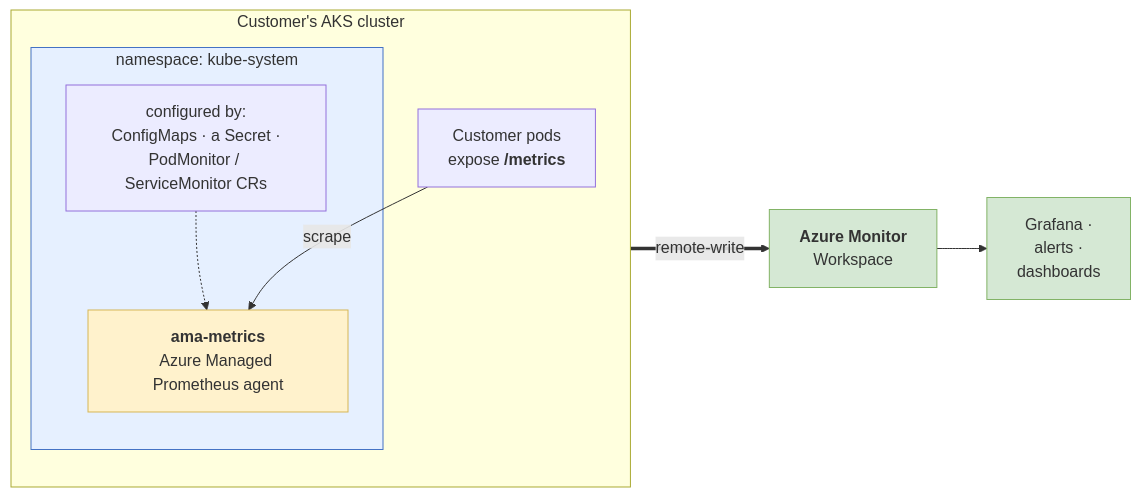
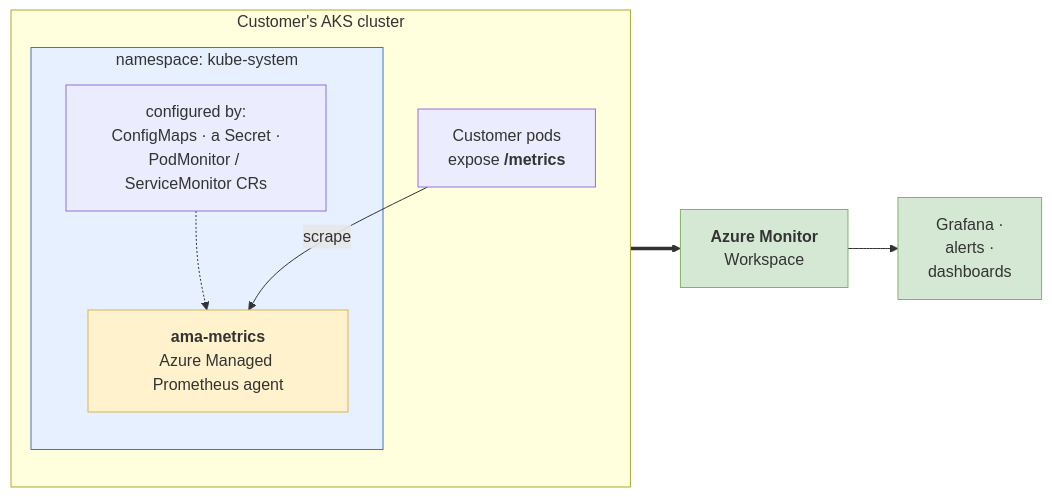
The first of 11 diagrams in custom-ns/doc/automatic-investigation/aks-vap-demo-diagrams.md (Azure/prometheus-collector), drawn with Mermaid before and after one commit. The commit also changed other lines of this file, not shown here.

First line of the commit message:
docs(custom-ns): restructure VAP demo diagrams for a cold audience

````diff
--- a/custom-ns/doc/automatic-investigation/aks-vap-demo-diagrams.md
+++ b/custom-ns/doc/automatic-investigation/aks-vap-demo-diagrams.md
@@ -16,20 +16,20 @@
 ```mermaid
 flowchart LR
     subgraph Cluster["Customer's AKS cluster"]
         direction TB
         APP["Customer pods<br/>expose <b>/metrics</b>"]
         subgraph KS["namespace: kube-system"]
             AMA["<b>ama-metrics</b><br/>Azure Managed Prometheus agent"]
             CFG["configured by:<br/>ConfigMaps · a Secret ·<br/>PodMonitor / ServiceMonitor CRs"]
             CFG -.-> AMA
         end
         APP -->|scrape| AMA
     end
-    AMA ==>|remote-write| AMW["<b>Azure Monitor</b><br/>Workspace"]
+    AMA ==> AMW["<b>Azure Monitor</b><br/>Workspace"]
     AMW --> USE["Grafana ·<br/>alerts ·<br/>dashboards"]
 
     style KS fill:#e6f0ff,stroke:#4472c4
     style AMA fill:#fff2cc,stroke:#d6b656
     style AMW fill:#d5e8d4,stroke:#82b366
     style USE fill:#d5e8d4,stroke:#82b366
 ```
````
